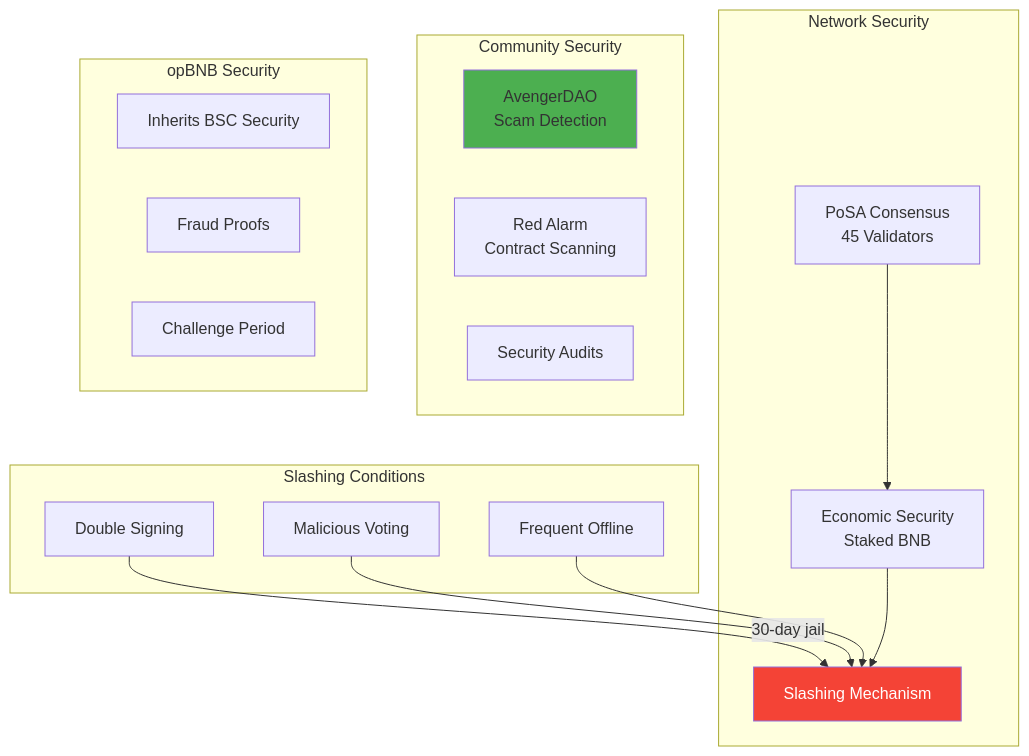
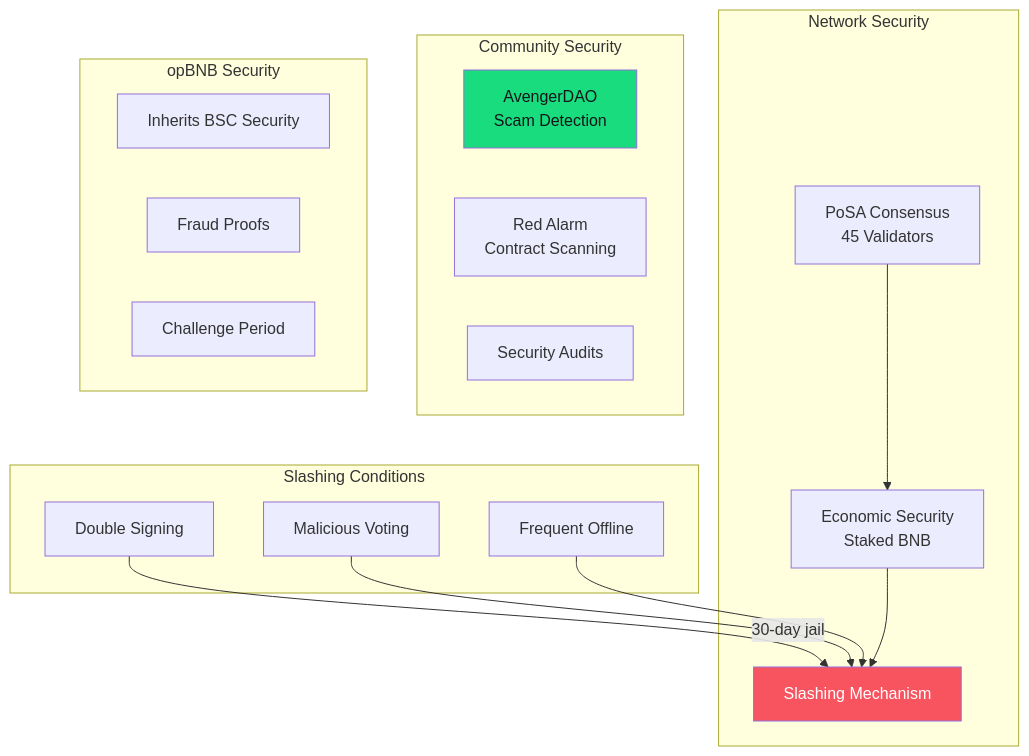
The eighth of 8 diagrams in ai/binance-smart-chain-overview.md (quochuydev/quochuydev), drawn with Mermaid before and after one commit. The commit also changed other lines of this file, not shown here.

First line of the commit message:
Update BNB Chain diagrams with official brand colors

````diff
--- a/ai/binance-smart-chain-overview.md
+++ b/ai/binance-smart-chain-overview.md
@@ -225,32 +225,32 @@
 ```mermaid
 flowchart TD
     subgraph "Network Security"
         PoSA[PoSA Consensus<br/>45 Validators]
         Stake[Economic Security<br/>Staked BNB]
         Slash[Slashing Mechanism]
     end
 
     subgraph "Slashing Conditions"
         DoubleSign[Double Signing] -->|30-day jail| Slash
         MaliciousVote[Malicious Voting] --> Slash
         Offline[Frequent Offline] --> Slash
     end
 
     subgraph "Community Security"
         Avenger[AvengerDAO<br/>Scam Detection]
         RedAlarm[Red Alarm<br/>Contract Scanning]
         Audit[Security Audits]
     end
 
     subgraph "opBNB Security"
         Inherit[Inherits BSC Security]
         Fraud[Fraud Proofs]
         Challenge[Challenge Period]
     end
 
     PoSA --> Stake
     Stake --> Slash
 
-    style Slash fill:#f44336,color:#fff
-    style Avenger fill:#4caf50
+    style Slash fill:#F8545F,color:#fff
+    style Avenger fill:#18DC7E,color:#14151A
 ```
````
